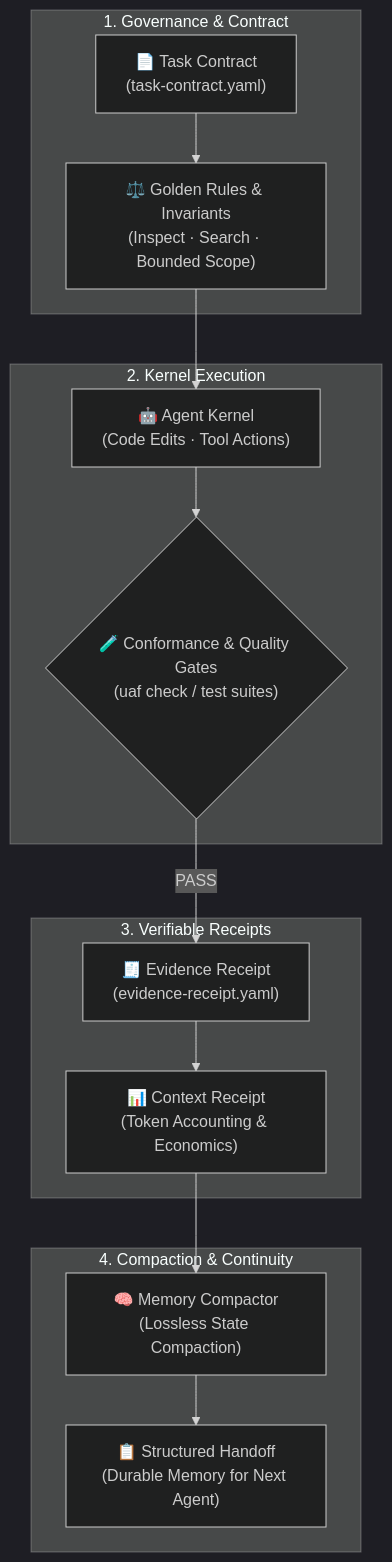
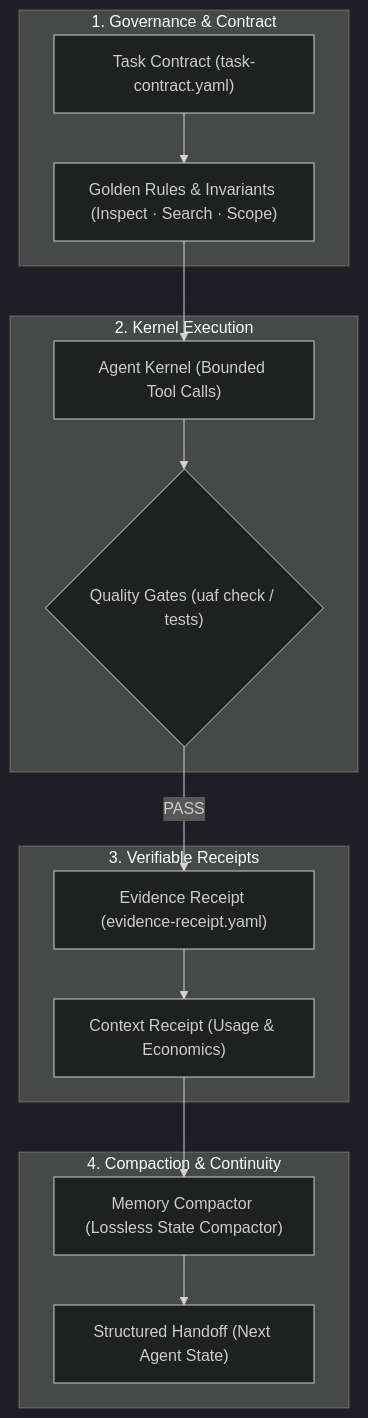
Before and after one commit to lunarcwhite/agentic-workflow-framework: the first of 2 diagrams in README.md, drawn with Mermaid (dark theme). The commit also changed other lines of this file, not shown here.

Commit message:
fix(docs): resolve syntax errors in Mermaid diagrams causing infinite loading on GitHub

````diff
--- a/README.md
+++ b/README.md
@@ -17,21 +17,30 @@
 ```mermaid
 flowchart TD
     subgraph Gov["1. Governance & Contract"]
-        TC["📄 Task Contract<br/>(task-contract.yaml)"] --> AG["⚖️ Golden Rules & Invariants<br/>(Inspect · Search · Bounded Scope)"]
+        TC["Task Contract (task-contract.yaml)"]
+        AG["Golden Rules & Invariants (Inspect · Search · Scope)"]
+        TC --> AG
     end
 
     subgraph Exec["2. Kernel Execution"]
-        AG --> AK["🤖 Agent Kernel<br/>(Code Edits · Tool Actions)"]
-        AK --> QG{"🧪 Conformance & Quality Gates<br/>(uaf check / test suites)"}
+        AK["Agent Kernel (Bounded Tool Calls)"]
+        QG{"Quality Gates (uaf check / tests)"}
+        AK --> QG
     end
 
     subgraph Verif["3. Verifiable Receipts"]
-        QG -- PASS --> ER["🧾 Evidence Receipt<br/>(evidence-receipt.yaml)"]
-        ER --> CR["📊 Context Receipt<br/>(Token Accounting & Economics)"]
+        ER["Evidence Receipt (evidence-receipt.yaml)"]
+        CR["Context Receipt (Usage & Economics)"]
+        ER --> CR
     end
 
     subgraph Cont["4. Compaction & Continuity"]
-        CR --> MC["🧠 Memory Compactor<br/>(Lossless State Compaction)"]
-        MC --> HO["📋 Structured Handoff<br/>(Durable Memory for Next Agent)"]
+        MC["Memory Compactor (Lossless State Compactor)"]
+        HO["Structured Handoff (Next Agent State)"]
+        MC --> HO
     end
+
+    AG --> AK
+    QG -->|PASS| ER
+    CR --> MC
 ```
````
